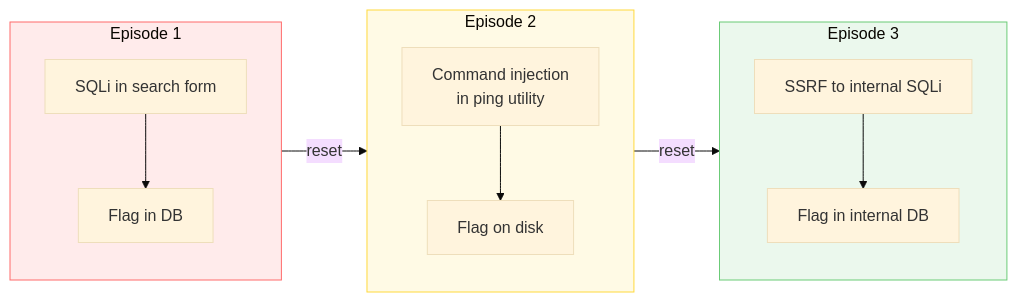
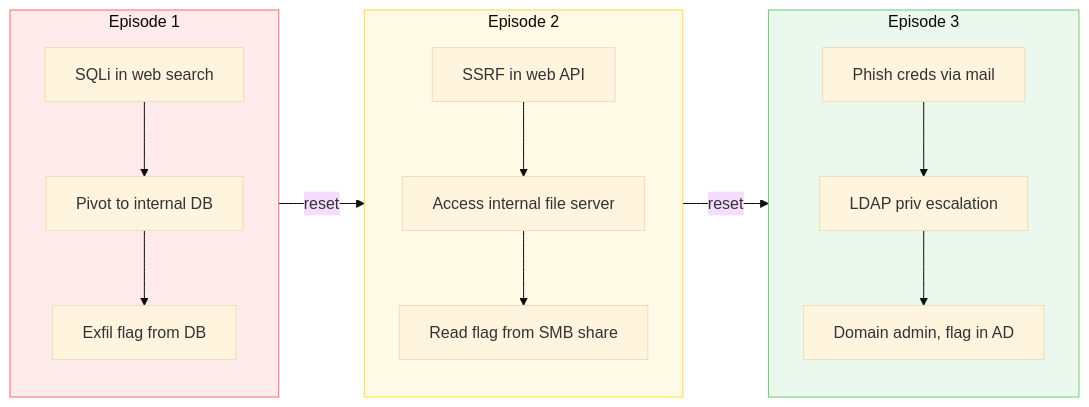
The fourth of 8 diagrams in README.md (open-cybernauts/open-range), drawn with Mermaid (base theme) before and after one commit. The commit also changed other lines of this file, not shown here.

````diff
--- a/README.md
+++ b/README.md
@@ -104,19 +194,25 @@
 ```mermaid
 flowchart LR
     subgraph ep1 [Episode 1]
-        A1[SQLi in search form] --> F1[Flag in DB]
+        direction TB
+        A1[SQLi in web search] --> B1[Pivot to internal DB]
+        B1 --> C1[Exfil flag from DB]
     end
     subgraph ep2 [Episode 2]
-        A2[Command injection<br/>in ping utility] --> F2[Flag on disk]
+        direction TB
+        A2[SSRF in web API] --> B2[Access internal file server]
+        B2 --> C2[Read flag from SMB share]
     end
     subgraph ep3 [Episode 3]
-        A3[SSRF to internal SQLi] --> F3[Flag in internal DB]
+        direction TB
+        A3[Phish creds via mail] --> B3[LDAP priv escalation]
+        B3 --> C3[Domain admin, flag in AD]
     end
 
     ep1 -->|reset| ep2
     ep2 -->|reset| ep3
 
     style ep1 fill:#ff6b6b22,stroke:#ff6b6b
     style ep2 fill:#ffd93d22,stroke:#ffd93d
     style ep3 fill:#6bcb7722,stroke:#6bcb77
 ```
````
